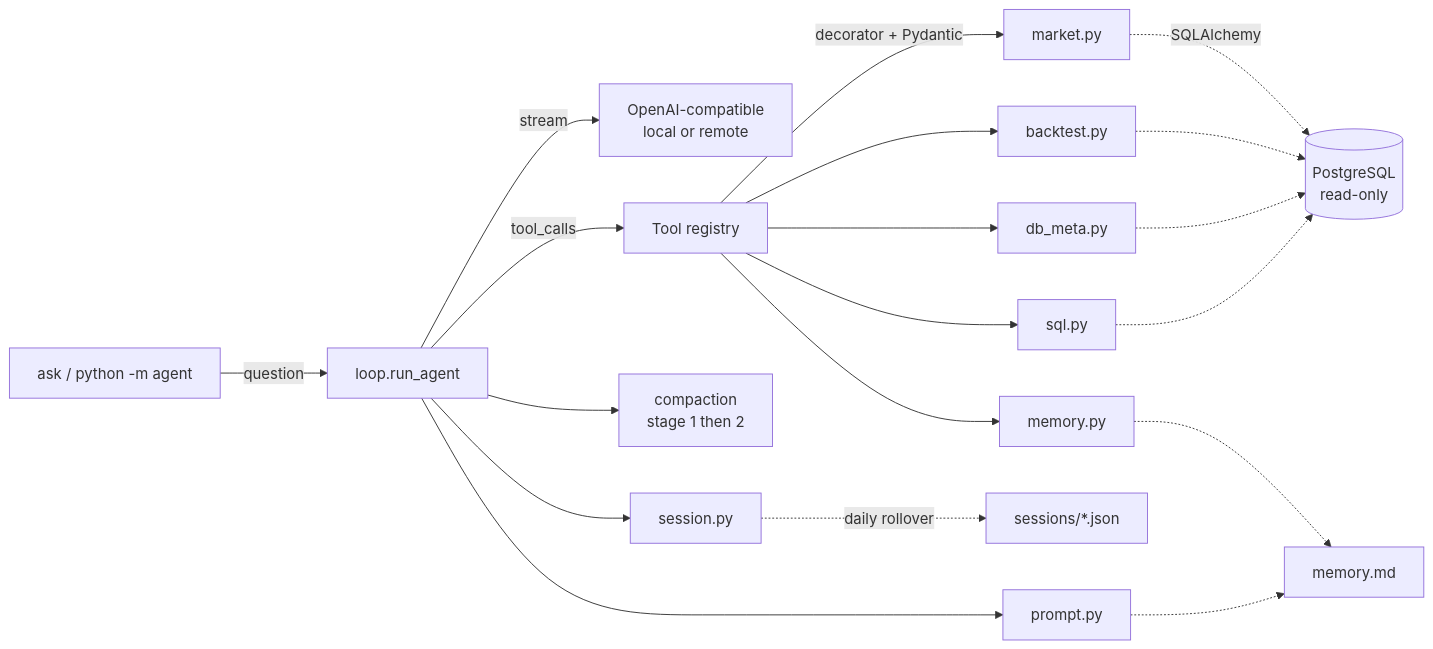
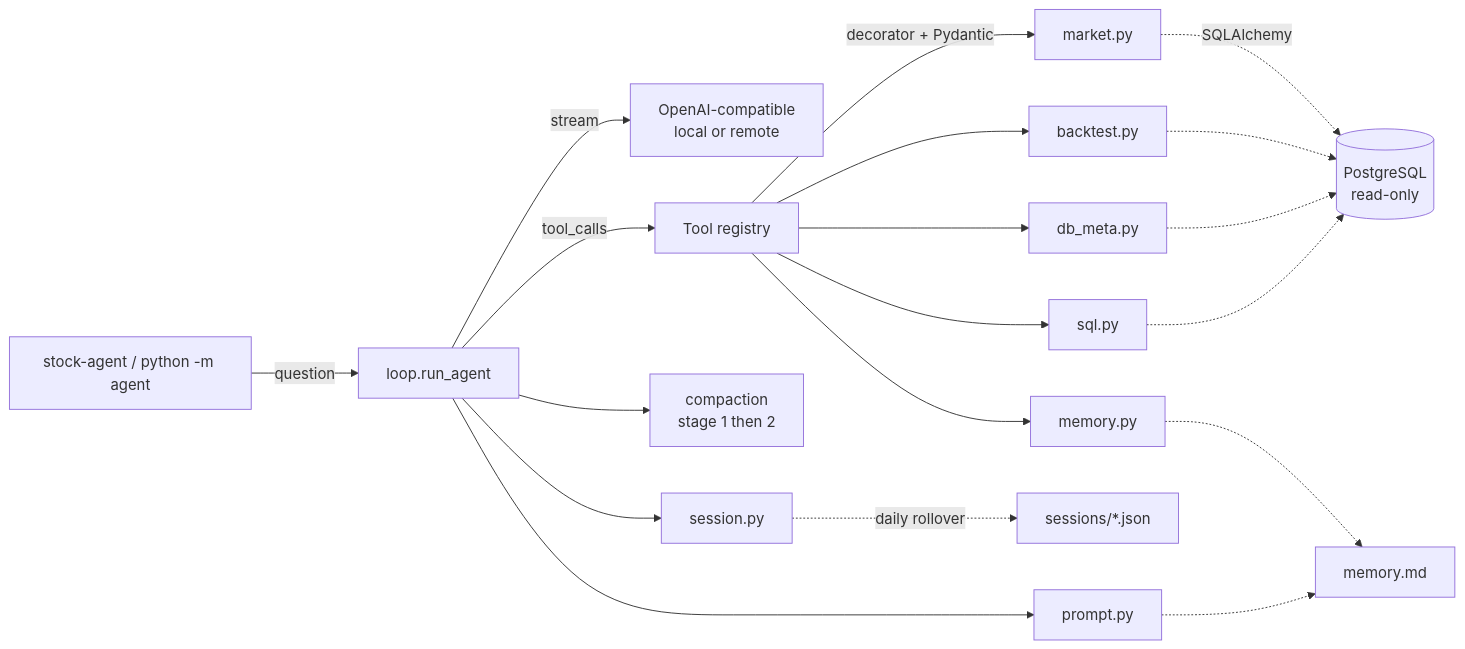
One commit to nsuderman/Stock-Agent changed the diagram in README.md. Above: the diagram before and after it, drawn with Mermaid. The commit also changed other lines of this file and 6 other files, not shown here.

First line of the commit message:
feat(cli): rename to stock-agent, suppress narration, add equalizer spinner

````diff
--- a/README.md
+++ b/README.md
@@ -48,21 +48,21 @@
 ```mermaid
 flowchart LR
-    CLI[ask / python -m agent] -->|question| Loop[loop.run_agent]
+    CLI[stock-agent / python -m agent] -->|question| Loop[loop.run_agent]
     Loop -->|stream| LLM[OpenAI-compatible<br/>local or remote]
     Loop -->|tool_calls| Tools[Tool registry]
     Tools -->|decorator + Pydantic| Market[market.py]
     Tools --> Backtest[backtest.py]
     Tools --> DBMeta[db_meta.py]
     Tools --> Memory[memory.py]
     Tools --> Sql[sql.py]
     Market -.->|SQLAlchemy| DB[(PostgreSQL<br/>read-only)]
     Backtest -.-> DB
     DBMeta -.-> DB
     Sql -.-> DB
     Loop --> Compact[compaction<br/>stage 1 then 2]
     Loop --> Session[session.py]
     Session -.->|daily rollover| Fs[sessions/*.json]
     Memory -.-> Md[memory.md]
     Loop --> Prompt[prompt.py]
     Prompt -.-> Md
 ```
````
